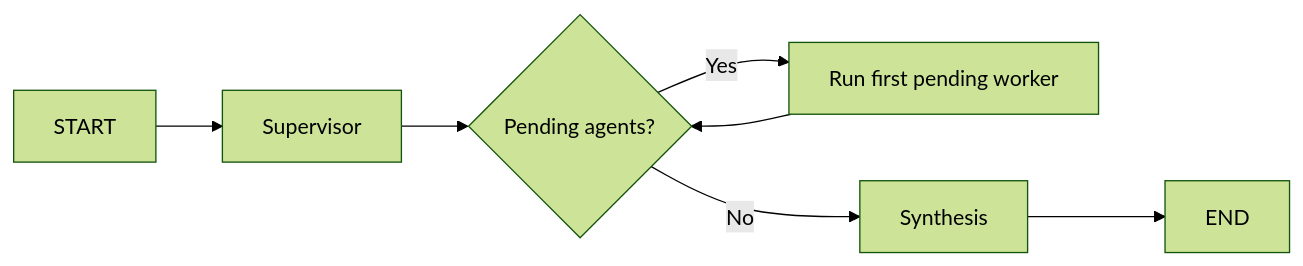
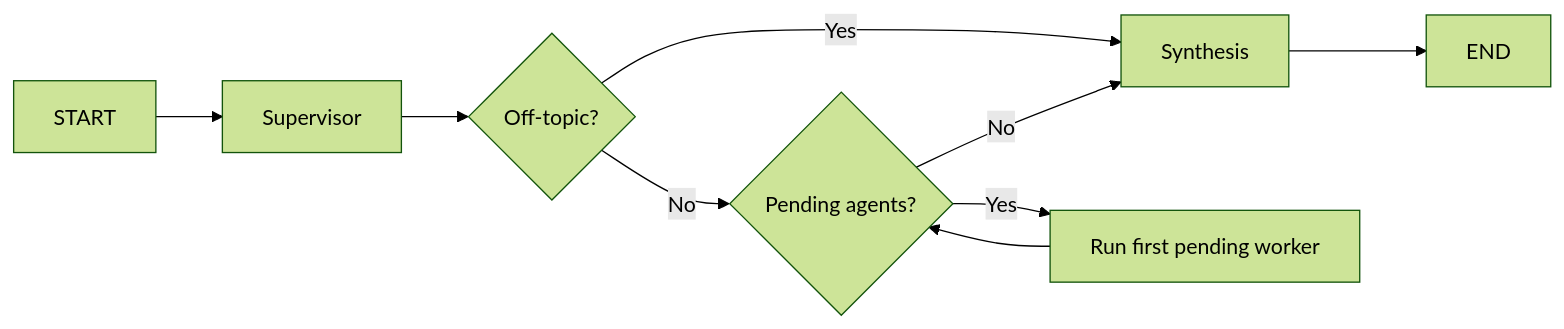
The second of 3 diagrams in docs/architecture.md (AkankshaSM/cinescope), drawn with Mermaid (forest theme) before and after one commit. The commit also changed other lines of this file and 1 other file, not shown here.

````diff
--- a/docs/architecture.md
+++ b/docs/architecture.md
@@ -56,9 +59,11 @@
 ```mermaid
 flowchart LR
     START --> Supervisor
-    Supervisor --> Check{Pending agents?}
+    Supervisor --> Domain{Off-topic?}
+    Domain -->|Yes| Synthesis
+    Domain -->|No| Check{Pending agents?}
     Check -->|Yes| Worker[Run first pending worker]
     Worker --> Check
     Check -->|No| Synthesis
     Synthesis --> END
 ```
````
